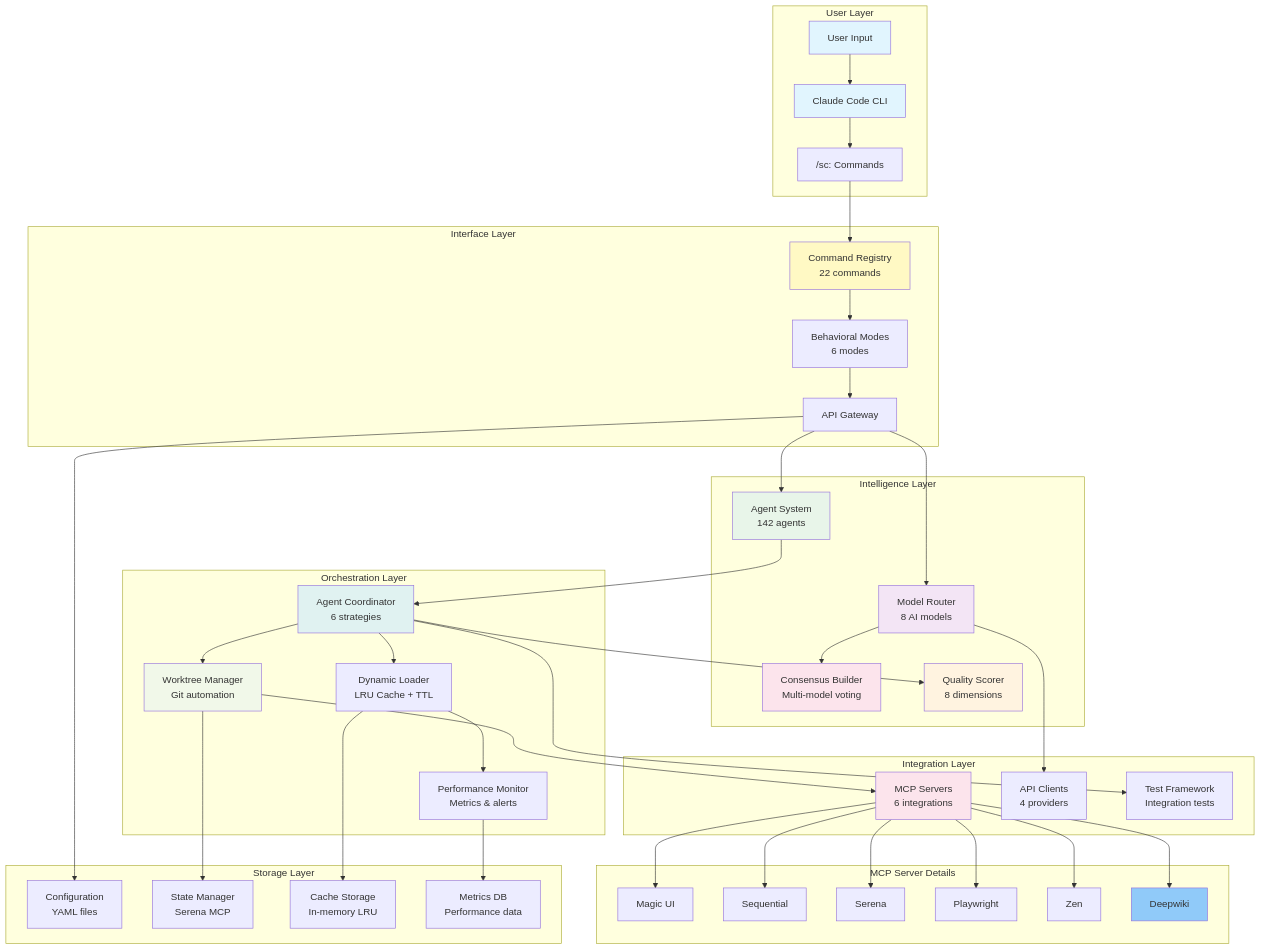
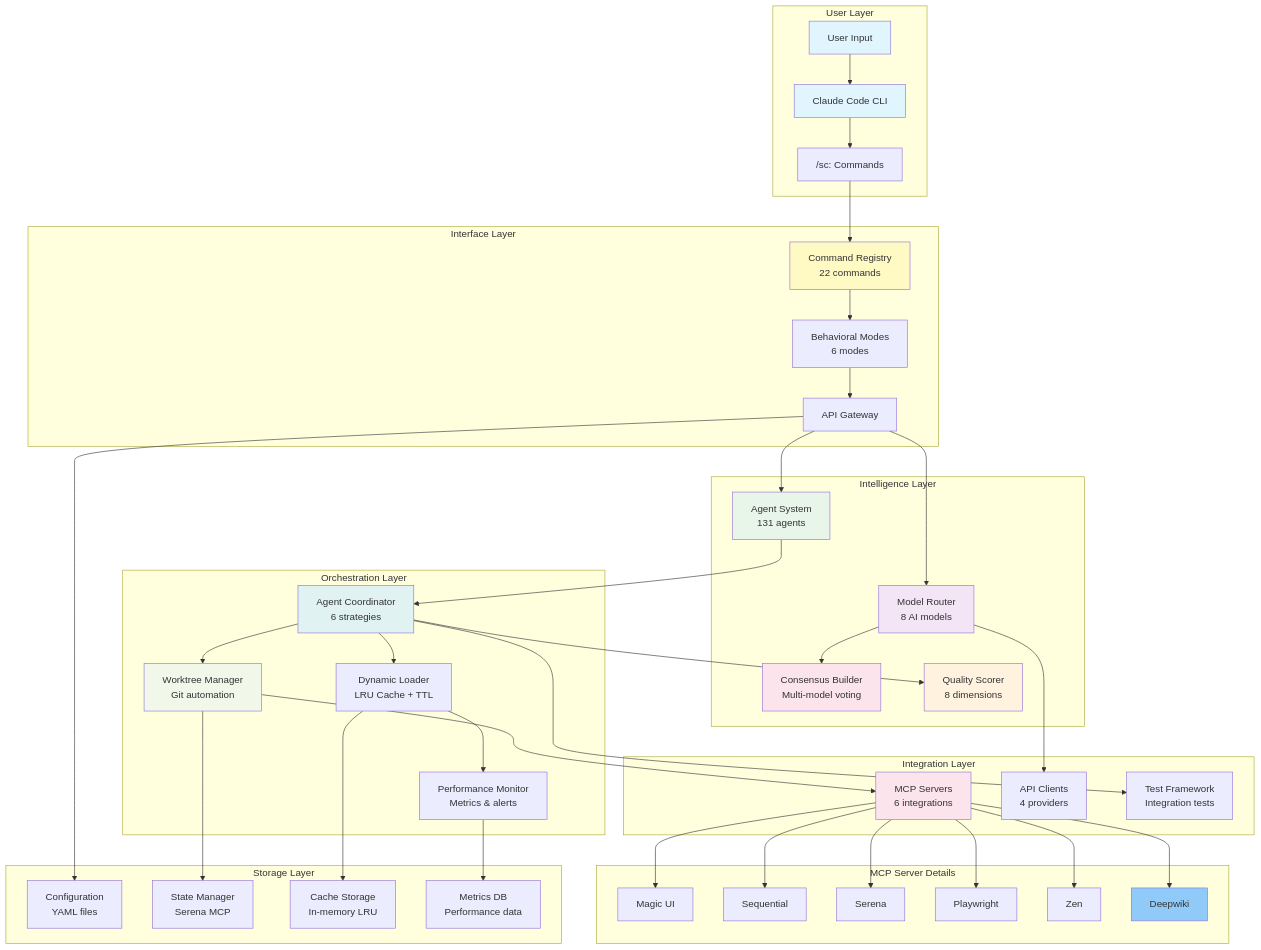
One commit to Tony363/SuperClaude changed the diagram in README.md. Above: the diagram before and after it, drawn with Mermaid. The commit also changed other lines of this file and 5 other files, not shown here.

```diff
--- a/README.md
+++ b/README.md
@@ -49,7 +49,7 @@
 
     subgraph "Intelligence Layer"
         MR[Model Router<br/>8 AI models]
-        AS[Agent System<br/>142 agents]
+        AS[Agent System<br/>131 agents]
         CB[Consensus Builder<br/>Multi-model voting]
         QS[Quality Scorer<br/>8 dimensions]
     end
```
